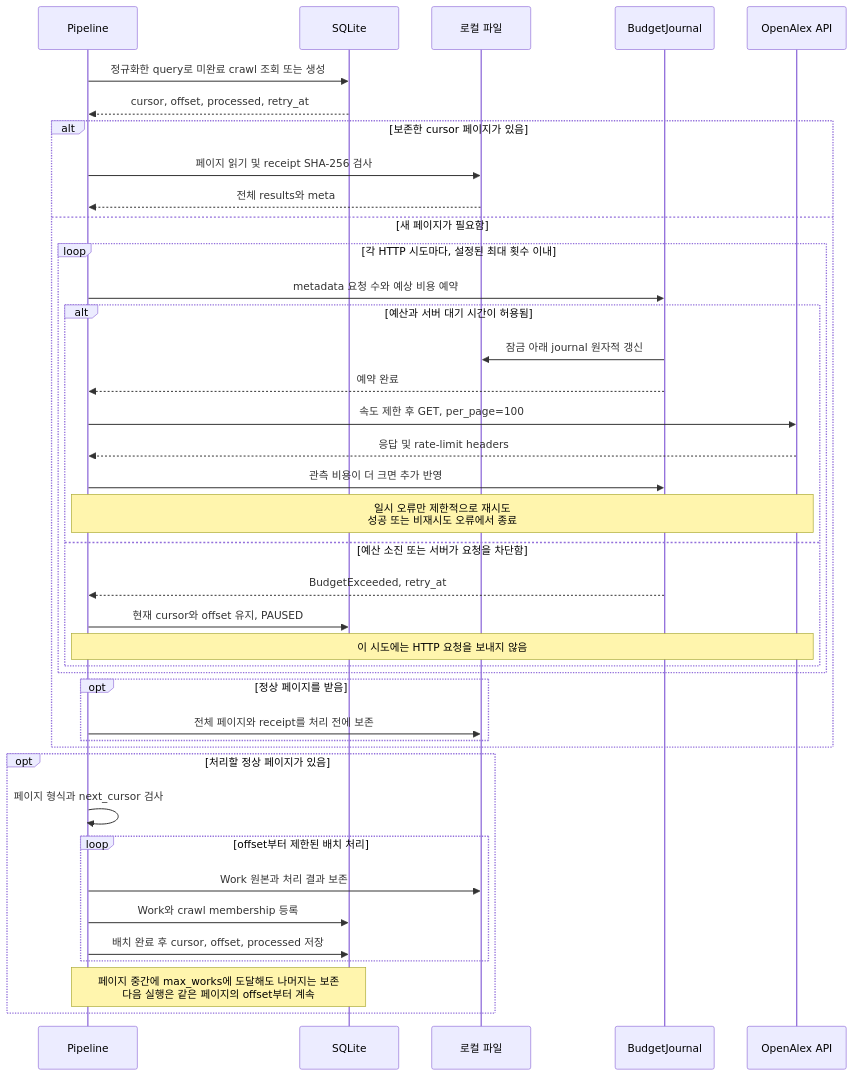
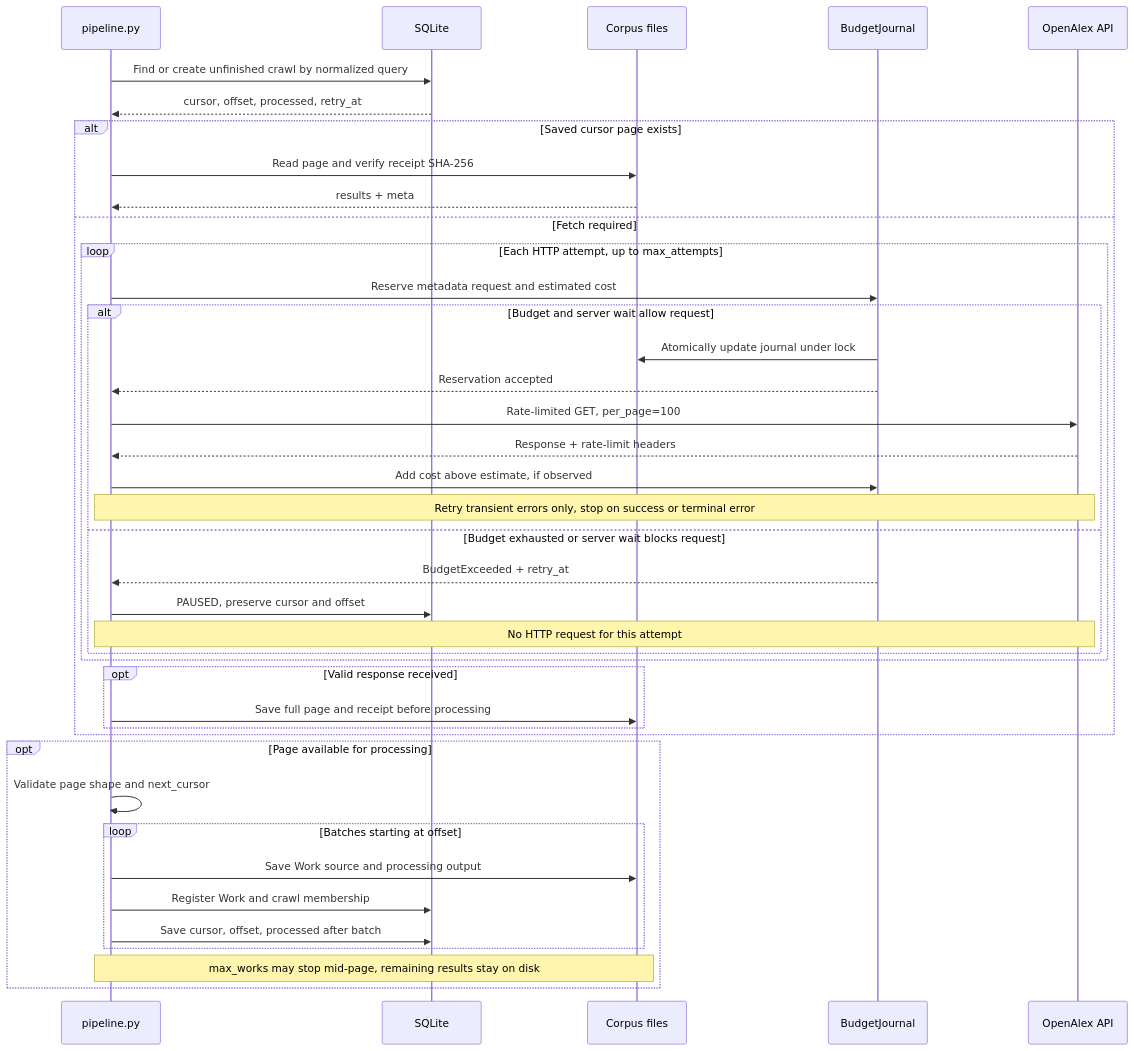
Before and after one commit to jongsu-king/openalex-corpus-harvester: the second of 5 diagrams in openalex_corpus/docs/ARCHITECTURE.md, drawn with Mermaid. The commit also changed other lines of this file and 12 other files, not shown here.

Commit message:
docs: rewrite references in English and redraw execution diagrams

````diff
--- a/openalex_corpus/docs/ARCHITECTURE.md
+++ b/openalex_corpus/docs/ARCHITECTURE.md
@@ -70,42 +78,42 @@
 ```mermaid
 sequenceDiagram
-    participant P as Pipeline
+    participant P as pipeline.py
     participant D as SQLite
-    participant F as 로컬 파일
+    participant F as Corpus files
     participant B as BudgetJournal
     participant A as OpenAlex API
-    P->>D: 정규화한 query로 미완료 crawl 조회 또는 생성
+    P->>D: Find or create unfinished crawl by normalized query
     D-->>P: cursor, offset, processed, retry_at
-    alt 보존한 cursor 페이지가 있음
-        P->>F: 페이지 읽기 및 receipt SHA-256 검사
-        F-->>P: 전체 results와 meta
-    else 새 페이지가 필요함
-        loop 각 HTTP 시도마다, 설정된 최대 횟수 이내
-            P->>B: metadata 요청 수와 예상 비용 예약
-            alt 예산과 서버 대기 시간이 허용됨
-                B->>F: 잠금 아래 journal 원자적 갱신
-                B-->>P: 예약 완료
-                P->>A: 속도 제한 후 GET, per_page=100
-                A-->>P: 응답 및 rate-limit headers
-                P->>B: 관측 비용이 더 크면 추가 반영
-                Note over P,A: 일시 오류만 제한적으로 재시도<br/>성공 또는 비재시도 오류에서 종료
-            else 예산 소진 또는 서버가 요청을 차단함
-                B-->>P: BudgetExceeded, retry_at
-                P->>D: 현재 cursor와 offset 유지, PAUSED
-                Note over P,A: 이 시도에는 HTTP 요청을 보내지 않음
+    alt Saved cursor page exists
+        P->>F: Read page and verify receipt SHA-256
+        F-->>P: results + meta
+    else Fetch required
+        loop Each HTTP attempt, up to max_attempts
+            P->>B: Reserve metadata request and estimated cost
+            alt Budget and server wait allow request
+                B->>F: Atomically update journal under lock
+                B-->>P: Reservation accepted
+                P->>A: Rate-limited GET, per_page=100
+                A-->>P: Response + rate-limit headers
+                P->>B: Add cost above estimate, if observed
+                Note over P,A: Retry transient errors only, stop on success or terminal error
+            else Budget exhausted or server wait blocks request
+                B-->>P: BudgetExceeded + retry_at
+                P->>D: PAUSED, preserve cursor and offset
+                Note over P,A: No HTTP request for this attempt
             end
         end
-        opt 정상 페이지를 받음
-            P->>F: 전체 페이지와 receipt를 처리 전에 보존
+        opt Valid response received
+            P->>F: Save full page and receipt before processing
         end
     end
-    opt 처리할 정상 페이지가 있음
-        P->>P: 페이지 형식과 next_cursor 검사
-        loop offset부터 제한된 배치 처리
-            P->>F: Work 원본과 처리 결과 보존
-            P->>D: Work와 crawl membership 등록
-            P->>D: 배치 완료 후 cursor, offset, processed 저장
+    opt Page available for processing
+        P->>P: Validate page shape and next_cursor
+        loop Batches starting at offset
+            P->>F: Save Work source and processing output
+            P->>D: Register Work and crawl membership
+            P->>D: Save cursor, offset, processed after batch
         end
-        Note over P,D: 페이지 중간에 max_works에 도달해도 나머지는 보존<br/>다음 실행은 같은 페이지의 offset부터 계속
+        Note over P,F: max_works may stop mid-page, remaining results stay on disk
     end
 ```
````
